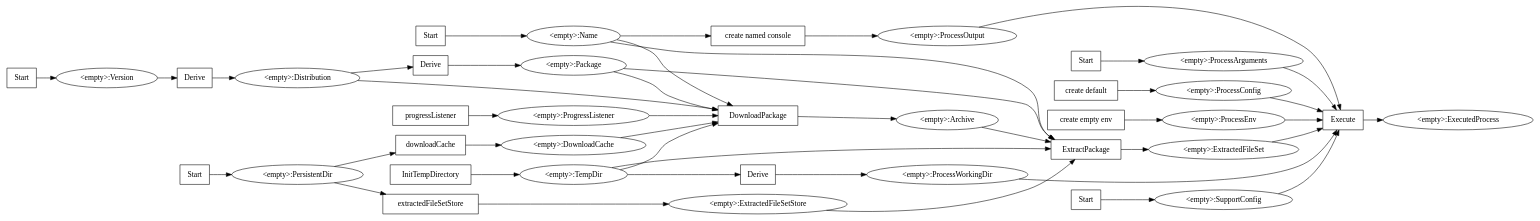
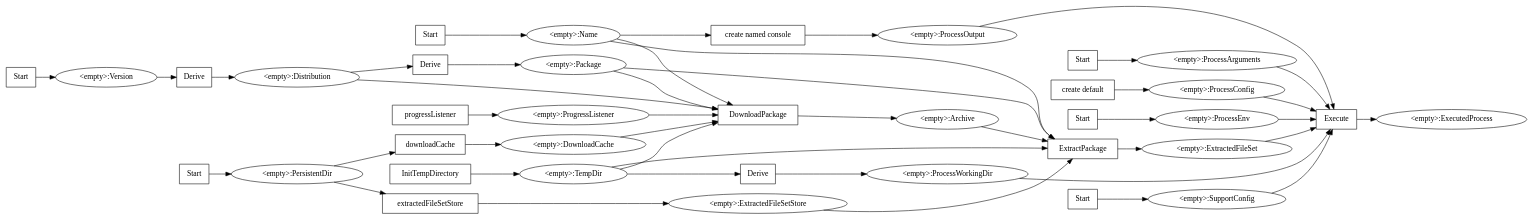
The second of 2 diagrams in HowToRunAProcess.md (flapdoodle-oss/de.flapdoodle.embed.process), drawn with Graphviz before and after one commit. The commit also changed other lines of this file and 1 other file, not shown here.

Commit message:
phantomjs test fix

```diff
--- a/HowToRunAProcess.md
+++ b/HowToRunAProcess.md
@@ -234,8 +235,8 @@
 	"de.flapdoodle.reverse.transitions.ImmutableStart:2"[ shape="rectangle", label="Start" ];
 	"de.flapdoodle.reverse.transitions.ImmutableStart:3"[ shape="rectangle", label="Start" ];
 	"de.flapdoodle.reverse.transitions.ImmutableStart:4"[ shape="rectangle", label="Start" ];
-	"de.flapdoodle.reverse.transitions.ImmutableStart:5"[ shape="rectangle", label="create default" ];
-	"de.flapdoodle.reverse.transitions.ImmutableStart:6"[ shape="rectangle", label="create empty env" ];
+	"de.flapdoodle.reverse.transitions.ImmutableStart:5"[ shape="rectangle", label="Start" ];
+	"de.flapdoodle.reverse.transitions.ImmutableStart:6"[ shape="rectangle", label="create default" ];
 	"de.flapdoodle.reverse.transitions.ImmutableDerive:3"[ shape="rectangle", label="create named console" ];
 	"de.flapdoodle.reverse.transitions.ImmutableDerive:4"[ shape="rectangle", label="downloadCache" ];
 	"de.flapdoodle.reverse.transitions.ImmutableDerive:5"[ shape="rectangle", label="extractedFileSetStore" ];
@@ -273,12 +274,12 @@
 	"de.flapdoodle.embed.process.transitions.ImmutableExtractPackage:0" -> "<empty>:class de.flapdoodle.embed.process.archives.ExtractedFileSet";
 	"de.flapdoodle.embed.process.transitions.ImmutableInitTempDirectory:0" -> "<empty>:class de.flapdoodle.embed.process.io.directories.TempDir";
 	"de.flapdoodle.reverse.transitions.ImmutableStart:0" -> "<empty>:class de.flapdoodle.embed.process.types.Name";
-	"de.flapdoodle.reverse.transitions.ImmutableStart:4" -> "<empty>:class de.flapdoodle.embed.process.io.directories.PersistentDir";
-	"de.flapdoodle.reverse.transitions.ImmutableStart:3" -> "<empty>:class de.flapdoodle.embed.process.types.ProcessArguments";
+	"de.flapdoodle.reverse.transitions.ImmutableStart:5" -> "<empty>:class de.flapdoodle.embed.process.io.directories.PersistentDir";
+	"de.flapdoodle.reverse.transitions.ImmutableStart:4" -> "<empty>:class de.flapdoodle.embed.process.types.ProcessArguments";
+	"de.flapdoodle.reverse.transitions.ImmutableStart:3" -> "<empty>:class de.flapdoodle.embed.process.types.ProcessEnv";
 	"de.flapdoodle.reverse.transitions.ImmutableStart:2" -> "<empty>:interface de.flapdoodle.embed.process.config.SupportConfig";
 	"de.flapdoodle.reverse.transitions.ImmutableStart:1" -> "<empty>:interface de.flapdoodle.embed.process.distribution.Version";
-	"de.flapdoodle.reverse.transitions.ImmutableStart:5" -> "<empty>:interface de.flapdoodle.embed.process.types.ProcessConfig";
-	"de.flapdoodle.reverse.transitions.ImmutableStart:6" -> "<empty>:class de.flapdoodle.embed.process.types.ProcessEnv";
+	"de.flapdoodle.reverse.transitions.ImmutableStart:6" -> "<empty>:interface de.flapdoodle.embed.process.types.ProcessConfig";
 	"de.flapdoodle.reverse.transitions.ImmutableDerive:3" -> "<empty>:interface de.flapdoodle.embed.process.io.ProcessOutput";
 	"de.flapdoodle.reverse.transitions.ImmutableDerive:4" -> "<empty>:interface de.flapdoodle.embed.process.store.DownloadCache";
 	"de.flapdoodle.reverse.transitions.ImmutableDerive:5" -> "<empty>:interface de.flapdoodle.embed.process.store.ExtractedFileSetStore";
```
